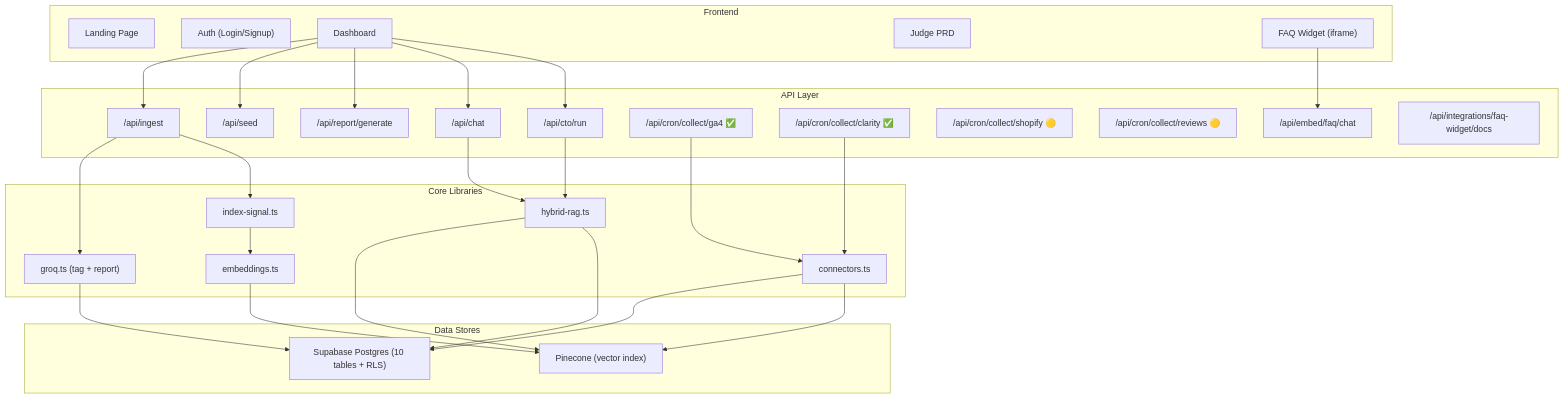
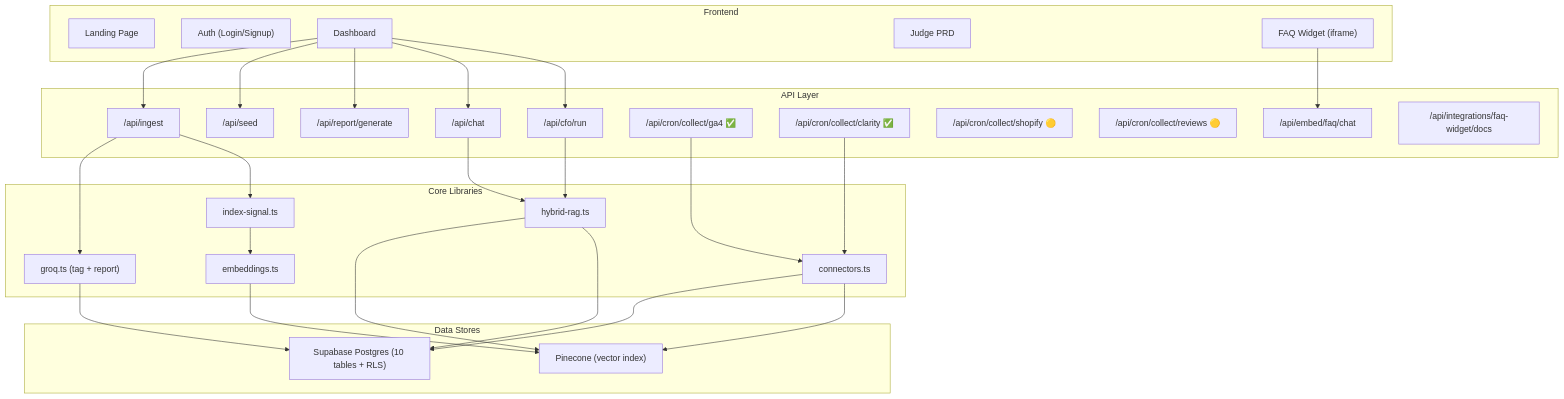
One commit to Udoy2/Ledger-Ai changed the diagram in project_review.md. Above: the diagram before and after it, drawn with Mermaid. The commit also changed other lines of this file and 11 other files, not shown here.

Commit message:
refactor: rename AI CTO to AI CFO orchestrator and add project documentation and landing page structure

````diff
--- a/project_review.md
+++ b/project_review.md
@@ -94,45 +94,45 @@
 ```mermaid
 graph TB
     subgraph "Frontend"
         LP["Landing Page"]
         AUTH["Auth (Login/Signup)"]
         DASH["Dashboard"]
         JUDGE["Judge PRD"]
         EMBED["FAQ Widget (iframe)"]
     end
 
     subgraph "API Layer"
         INGEST["/api/ingest"]
         SEED["/api/seed"]
         REPORT["/api/report/generate"]
         CHAT["/api/chat"]
-        CTO["/api/cto/run"]
+        CFO["/api/cfo/run"]
         CRON_GA4["/api/cron/collect/ga4 ✅"]
         CRON_CLARITY["/api/cron/collect/clarity ✅"]
         CRON_SHOPIFY["/api/cron/collect/shopify 🟡"]
         CRON_REVIEWS["/api/cron/collect/reviews 🟡"]
         FAQ_CHAT["/api/embed/faq/chat"]
         FAQ_DOCS["/api/integrations/faq-widget/docs"]
     end
 
     subgraph "Core Libraries"
         GROQ["groq.ts (tag + report)"]
         RAG["hybrid-rag.ts"]
         CONNECTORS["connectors.ts"]
         INDEX["index-signal.ts"]
         EMBEDDINGS["embeddings.ts"]
     end
 
     subgraph "Data Stores"
         SUPA["Supabase Postgres (10 tables + RLS)"]
         PINE["Pinecone (vector index)"]
     end
 
-    DASH --> INGEST & SEED & REPORT & CHAT & CTO
+    DASH --> INGEST & SEED & REPORT & CHAT & CFO
     EMBED --> FAQ_CHAT
     INGEST --> GROQ --> SUPA
     INGEST --> INDEX --> EMBEDDINGS --> PINE
-    CTO --> RAG --> PINE & SUPA
+    CFO --> RAG --> PINE & SUPA
     CHAT --> RAG
     CRON_GA4 & CRON_CLARITY --> CONNECTORS --> SUPA & PINE
 ```
````
